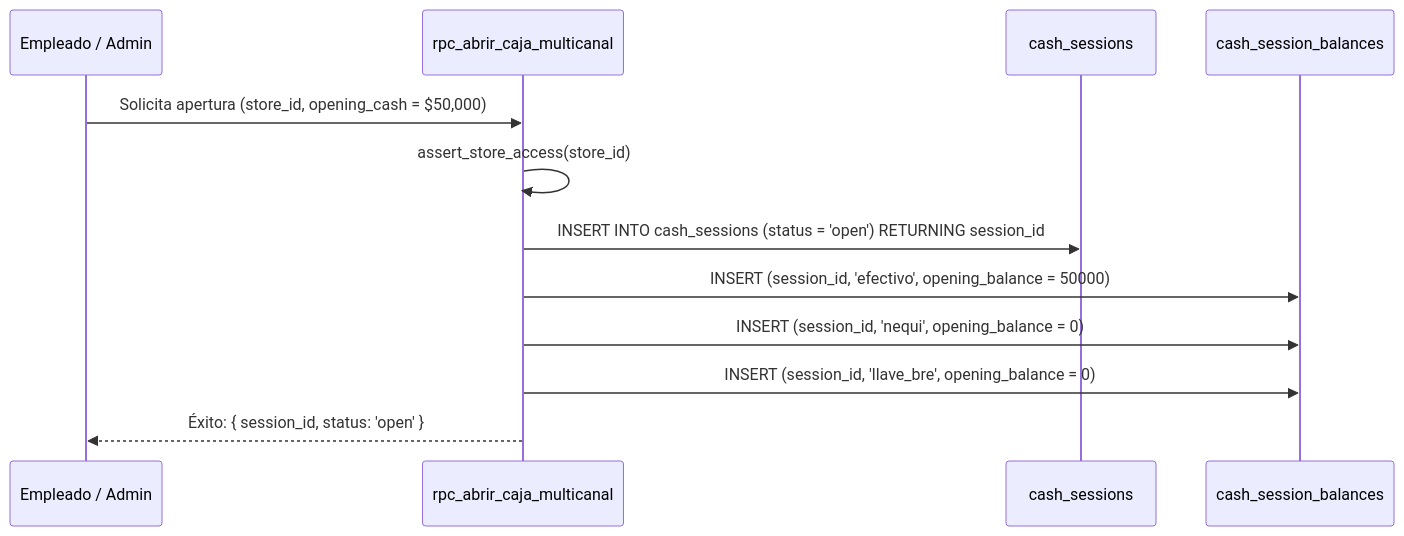
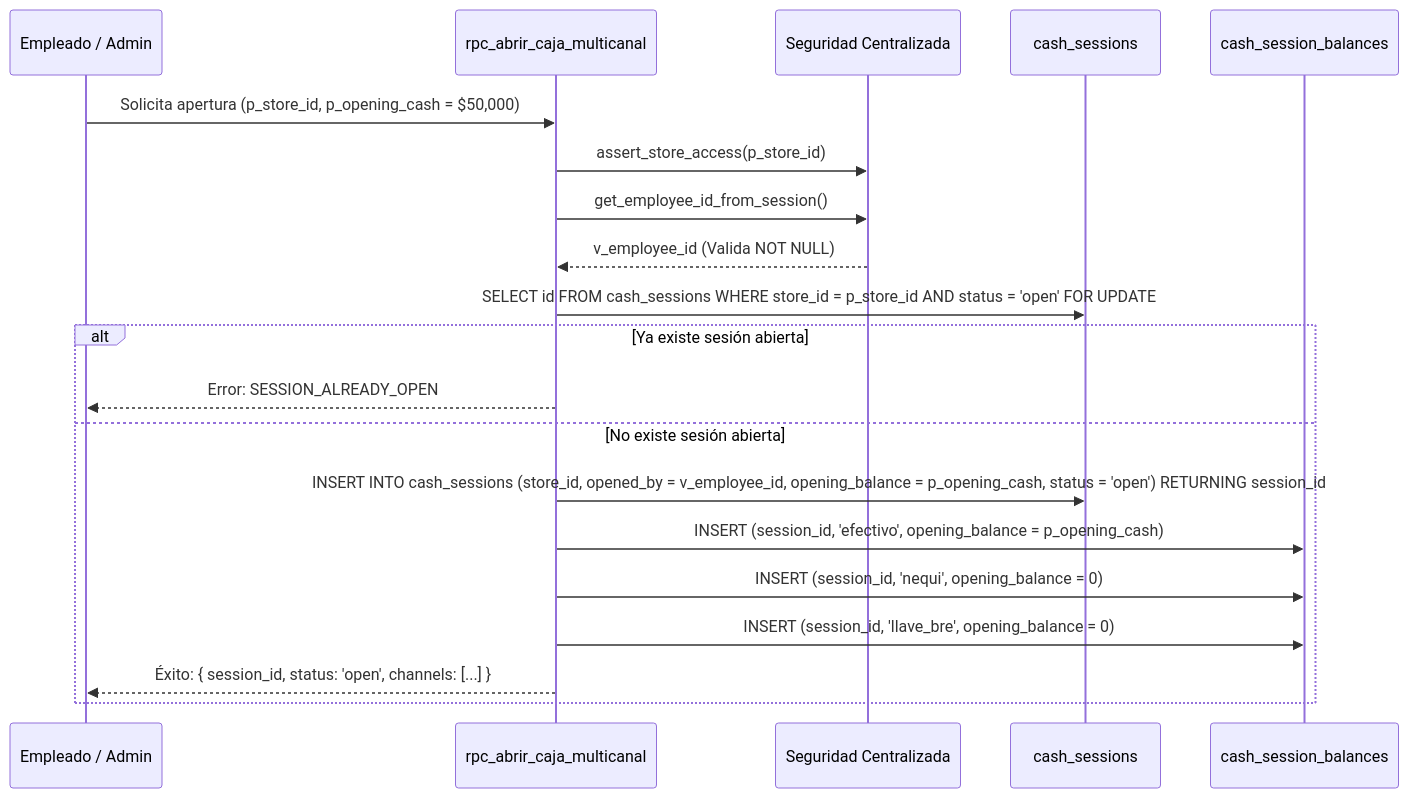
Before and after one commit to YamirJCF/tienda-barrio-pro: the first of 5 diagrams in documentation/01_requirements/SDD/SDD_020_CAJA_MULTICANAL.md, drawn with Mermaid. The commit also changed other lines of this file, not shown here.

````diff
--- a/documentation/01_requirements/SDD/SDD_020_CAJA_MULTICANAL.md
+++ b/documentation/01_requirements/SDD/SDD_020_CAJA_MULTICANAL.md
@@ -58,15 +71,23 @@
 ```mermaid
 sequenceDiagram
     participant U as Empleado / Admin
     participant RPC as rpc_abrir_caja_multicanal
+    participant SEC as Seguridad Centralizada
     participant S as cash_sessions
     participant B as cash_session_balances
 
-    U->>RPC: Solicita apertura (store_id, opening_cash = $50,000)
-    RPC->>RPC: assert_store_access(store_id)
-    RPC->>S: INSERT INTO cash_sessions (status = 'open') RETURNING session_id
-    RPC->>B: INSERT (session_id, 'efectivo', opening_balance = 50000)
-    RPC->>B: INSERT (session_id, 'nequi', opening_balance = 0)
-    RPC->>B: INSERT (session_id, 'llave_bre', opening_balance = 0)
-    RPC-->>U: Éxito: { session_id, status: 'open' }
+    U->>RPC: Solicita apertura (p_store_id, p_opening_cash = $50,000)
+    RPC->>SEC: assert_store_access(p_store_id)
+    RPC->>SEC: get_employee_id_from_session()
+    SEC-->>RPC: v_employee_id (Valida NOT NULL)
+    RPC->>S: SELECT id FROM cash_sessions WHERE store_id = p_store_id AND status = 'open' FOR UPDATE
+    alt Ya existe sesión abierta
+        RPC-->>U: Error: SESSION_ALREADY_OPEN
+    else No existe sesión abierta
+        RPC->>S: INSERT INTO cash_sessions (store_id, opened_by = v_employee_id, opening_balance = p_opening_cash, status = 'open') RETURNING session_id
+        RPC->>B: INSERT (session_id, 'efectivo', opening_balance = p_opening_cash)
+        RPC->>B: INSERT (session_id, 'nequi', opening_balance = 0)
+        RPC->>B: INSERT (session_id, 'llave_bre', opening_balance = 0)
+        RPC-->>U: Éxito: { session_id, status: 'open', channels: [...] }
+    end
 ```
````
